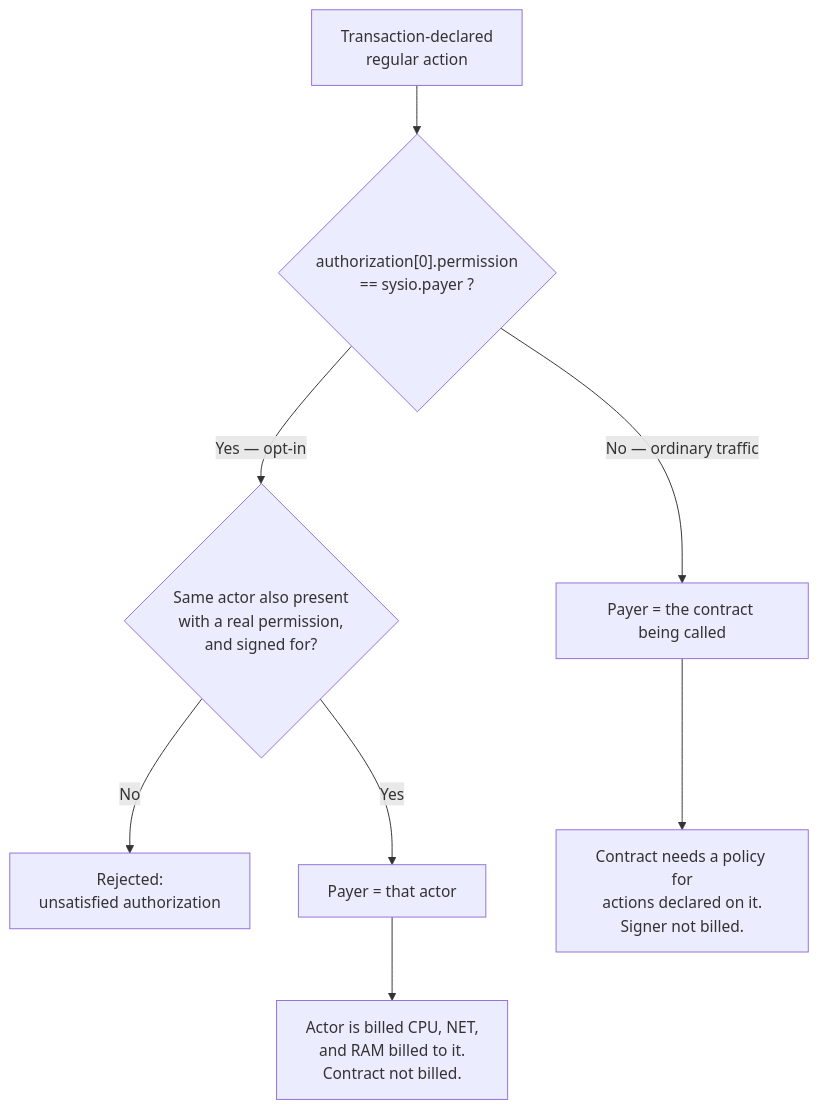
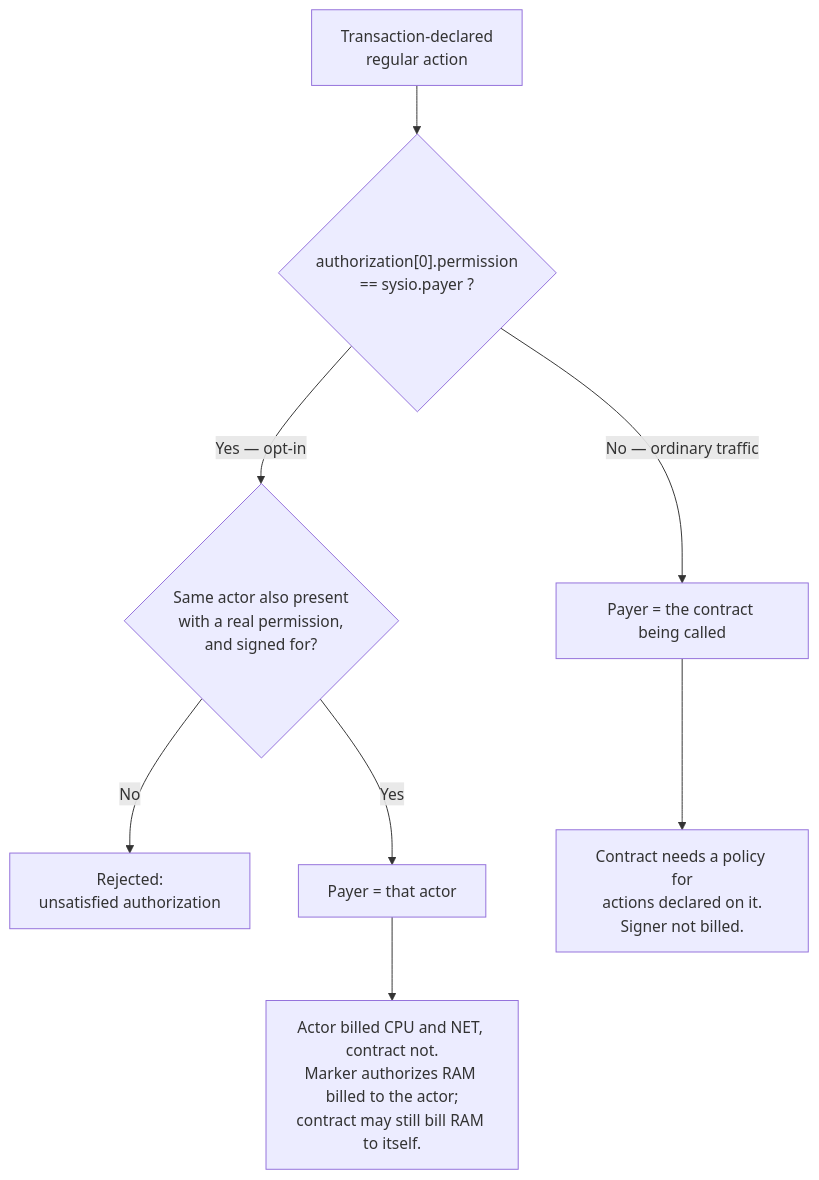
One commit to Wire-Network/wire-sysio changed the diagram in docs/roa-overview.md. Above: the diagram before and after it, drawn with Mermaid.

Commit message:
docs: keep RAM independent in the explicit-payer terminal
Folding RAM into node H last round made "Contract not billed" false: the
marker moves CPU/NET to the actor and authorizes RAM billed to it, but the
contract still bills whatever it emplaces to get_self(). auth_ram_tests
pins exactly that -- with {alice, sysio.payer} the contract's RAM rises
while alice's does not.

````diff
--- a/docs/roa-overview.md
+++ b/docs/roa-overview.md
@@ -155,10 +155,10 @@
 ```mermaid
 flowchart TD
     A["Transaction-declared<br/>regular action"] --> B{"authorization[0].permission<br/>== sysio.payer ?"}
     B -->|"No — ordinary traffic"| C["Payer = the contract being called"]
     B -->|"Yes — opt-in"| D{"Same actor also present<br/>with a real permission,<br/>and signed for?"}
     D -->|"No"| E["Rejected:<br/>unsatisfied authorization"]
     D -->|"Yes"| F["Payer = that actor"]
     C --> G["Contract needs a policy for<br/>actions declared on it.<br/>Signer not billed."]
-    F --> H["Actor is billed CPU, NET,<br/>and RAM billed to it.<br/>Contract not billed."]
+    F --> H["Actor billed CPU and NET, contract not.<br/>Marker authorizes RAM billed to the actor;<br/>contract may still bill RAM to itself."]
 ```
````
